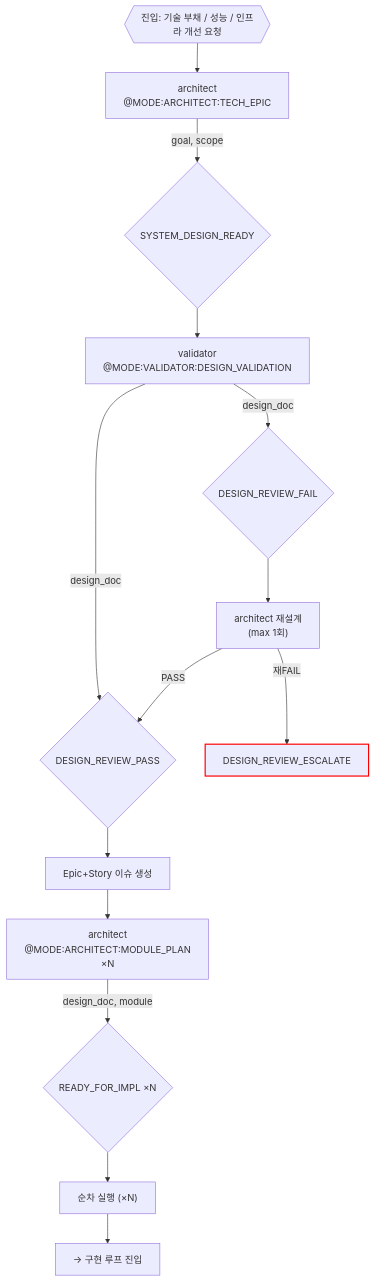
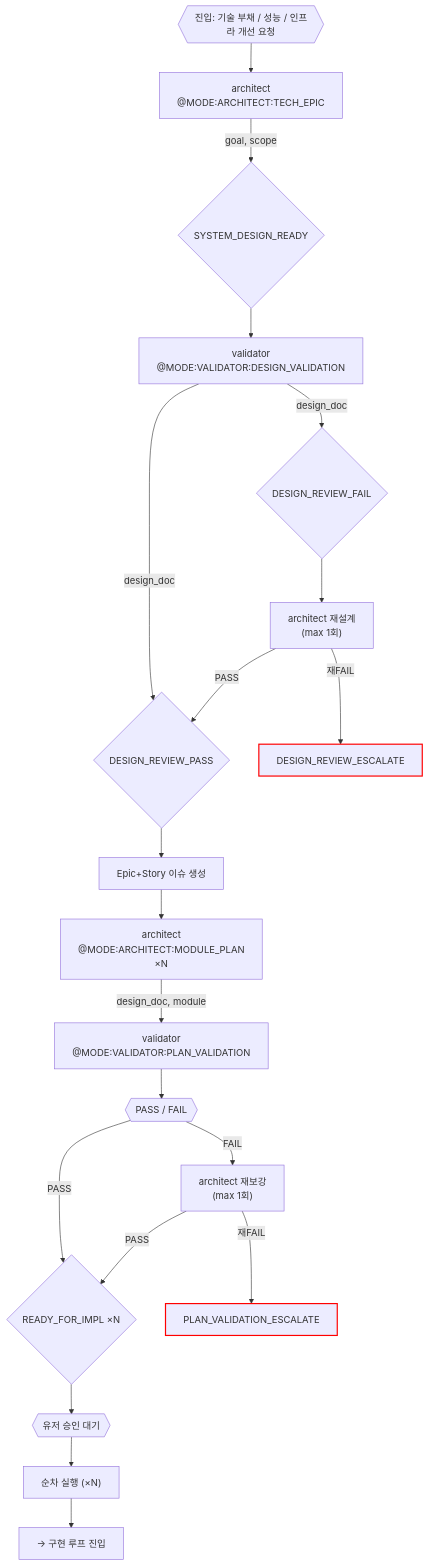
Before and after one commit to alruminum/ClaudeCodeAgentPrompt: the diagram in orchestration/tech-epic.md, drawn with Mermaid. The commit also changed other lines of this file and 4 other files, not shown here.

````diff
--- a/orchestration/tech-epic.md
+++ b/orchestration/tech-epic.md
@@ -7,38 +7,45 @@
 ```mermaid
 flowchart TD
     ENTRY{{"진입: 기술 부채 / 성능 / 인프라 개선 요청"}}
 
     ARC_TE["architect\n@MODE:ARCHITECT:TECH_EPIC"]
     SDR{"SYSTEM_DESIGN_READY"}
 
     VAL_DV["validator\n@MODE:VALIDATOR:DESIGN_VALIDATION"]
     DRF{"DESIGN_REVIEW_FAIL"}
     DRP{"DESIGN_REVIEW_PASS"}
 
     ARC_REDO["architect 재설계\n(max 1회)"]
     DRE["DESIGN_REVIEW_ESCALATE"]:::escalation
 
     ISSUES["Epic+Story 이슈 생성"]
     ARC_MP["architect\n@MODE:ARCHITECT:MODULE_PLAN\n×N"]
     RFI{"READY_FOR_IMPL ×N"}
     SEQ["순차 실행 (×N)"]
     IMPL_ENTRY["→ 구현 루프 진입"]
 
     ENTRY --> ARC_TE
     ARC_TE -->|"goal, scope"| SDR
     SDR --> VAL_DV
     VAL_DV -->|"design_doc"| DRF
     VAL_DV -->|"design_doc"| DRP
 
     DRF --> ARC_REDO
     ARC_REDO -->|재FAIL| DRE
     ARC_REDO -->|PASS| DRP
 
     DRP --> ISSUES
     ISSUES --> ARC_MP
-    ARC_MP -->|"design_doc, module"| RFI
-    RFI --> SEQ
+    ARC_MP -->|"design_doc, module"| VAL_PV["validator\n@MODE:VALIDATOR:PLAN_VALIDATION"]
+    VAL_PV --> PV_CHK{{"PASS / FAIL"}}
+    PV_CHK -->|PASS| RFI
+    PV_CHK -->|FAIL| ARC_RE["architect 재보강\n(max 1회)"]
+    ARC_RE -->|재FAIL| PVE["PLAN_VALIDATION_ESCALATE"]:::escalation
+    ARC_RE -->|PASS| RFI
+
+    RFI --> USER_APPROVE{{"유저 승인 대기"}}
+    USER_APPROVE --> SEQ
     SEQ --> IMPL_ENTRY
 
     classDef escalation stroke:#f00,stroke-width:2px
 ```
````
